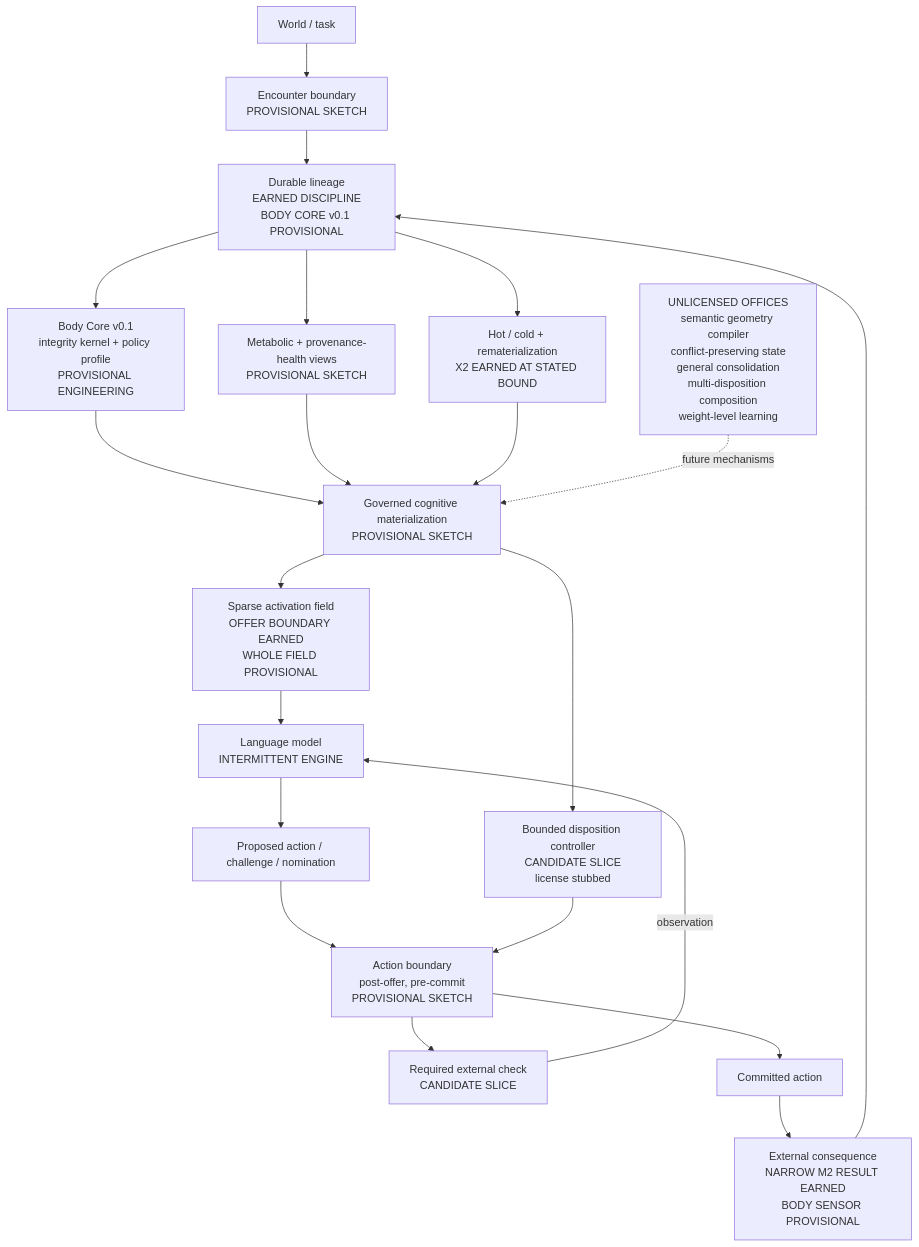
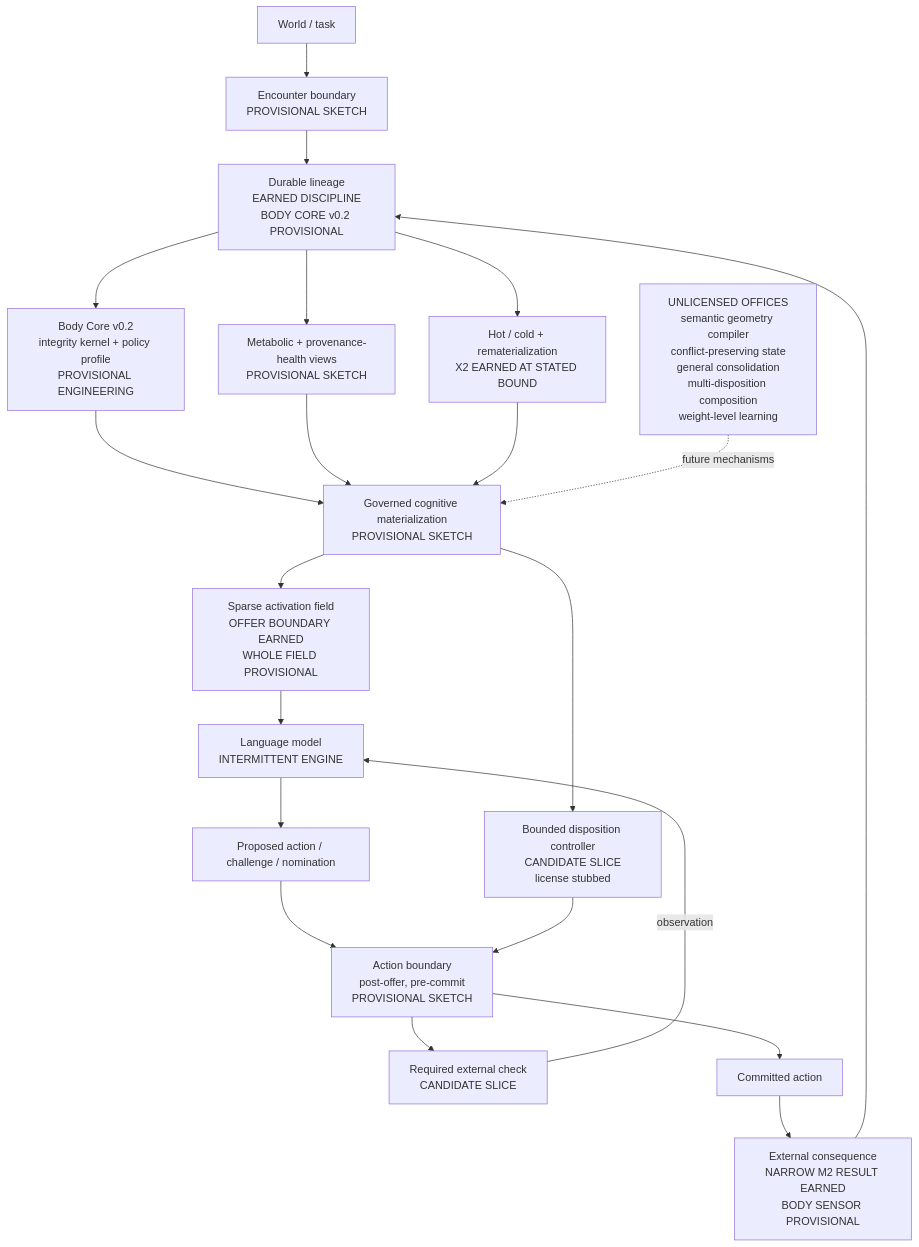
One commit to stack-research/construct changed the diagram in notes/BODY_MAP.md. Above: the diagram before and after it, drawn with Mermaid. The commit also changed other lines of this file and 35 other files, not shown here.

Commit message:
Build and review Body Core v0.2 adapters

````diff
--- a/notes/BODY_MAP.md
+++ b/notes/BODY_MAP.md
@@ -24,30 +24,30 @@
 ```mermaid
 flowchart TD
     World["World / task"] --> Encounter["Encounter boundary<br/>PROVISIONAL SKETCH"]
-    Encounter --> Lineage["Durable lineage<br/>EARNED DISCIPLINE<br/>BODY CORE v0.1 PROVISIONAL"]
+    Encounter --> Lineage["Durable lineage<br/>EARNED DISCIPLINE<br/>BODY CORE v0.2 PROVISIONAL"]
 
-    Lineage --> Core["Body Core v0.1<br/>integrity kernel + policy profile<br/>PROVISIONAL ENGINEERING"]
+    Lineage --> Core["Body Core v0.2<br/>integrity kernel + policy profile<br/>PROVISIONAL ENGINEERING"]
     Core --> Materialization["Governed cognitive materialization<br/>PROVISIONAL SKETCH"]
     Materialization --> Activation["Sparse activation field<br/>OFFER BOUNDARY EARNED<br/>WHOLE FIELD PROVISIONAL"]
     Activation --> Model["Language model<br/>INTERMITTENT ENGINE"]
 
     Model --> Proposal["Proposed action / challenge / nomination"]
     Proposal --> ActionBoundary["Action boundary<br/>post-offer, pre-commit<br/>PROVISIONAL SKETCH"]
     Materialization --> Disposition["Bounded disposition controller<br/>CANDIDATE SLICE<br/>license stubbed"]
     Disposition --> ActionBoundary
     ActionBoundary --> Check["Required external check<br/>CANDIDATE SLICE"]
     Check -->|"observation"| Model
     ActionBoundary --> Commit["Committed action"]
 
     Commit --> Consequence["External consequence<br/>NARROW M2 RESULT EARNED<br/>BODY SENSOR PROVISIONAL"]
     Consequence --> Lineage
 
     Lineage --> Metabolic["Metabolic + provenance-health views<br/>PROVISIONAL SKETCH"]
     Metabolic --> Materialization
 
     Lineage --> HotCold["Hot / cold + rematerialization<br/>X2 EARNED AT STATED BOUND"]
     HotCold --> Materialization
 
     Unlicensed["UNLICENSED OFFICES<br/>semantic geometry compiler<br/>conflict-preserving state<br/>general consolidation<br/>multi-disposition composition<br/>weight-level learning"]
     Unlicensed -. future mechanisms .-> Materialization
 ```
````
